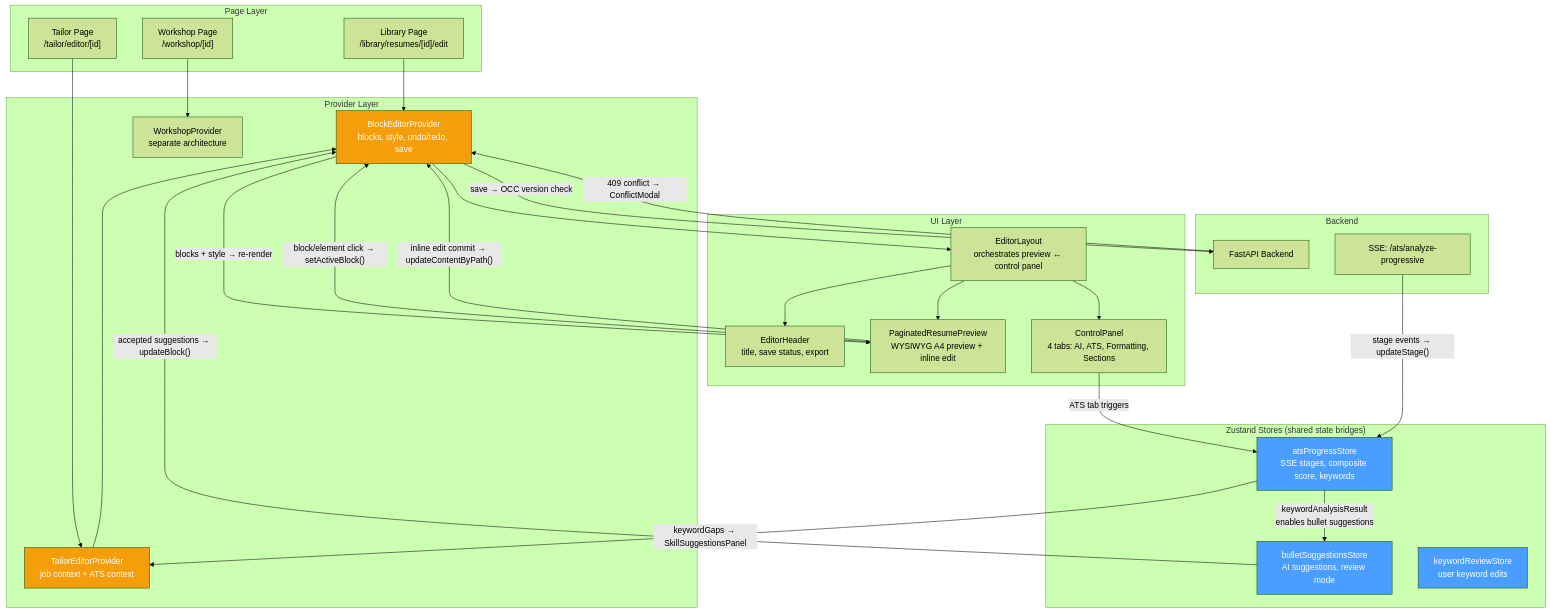
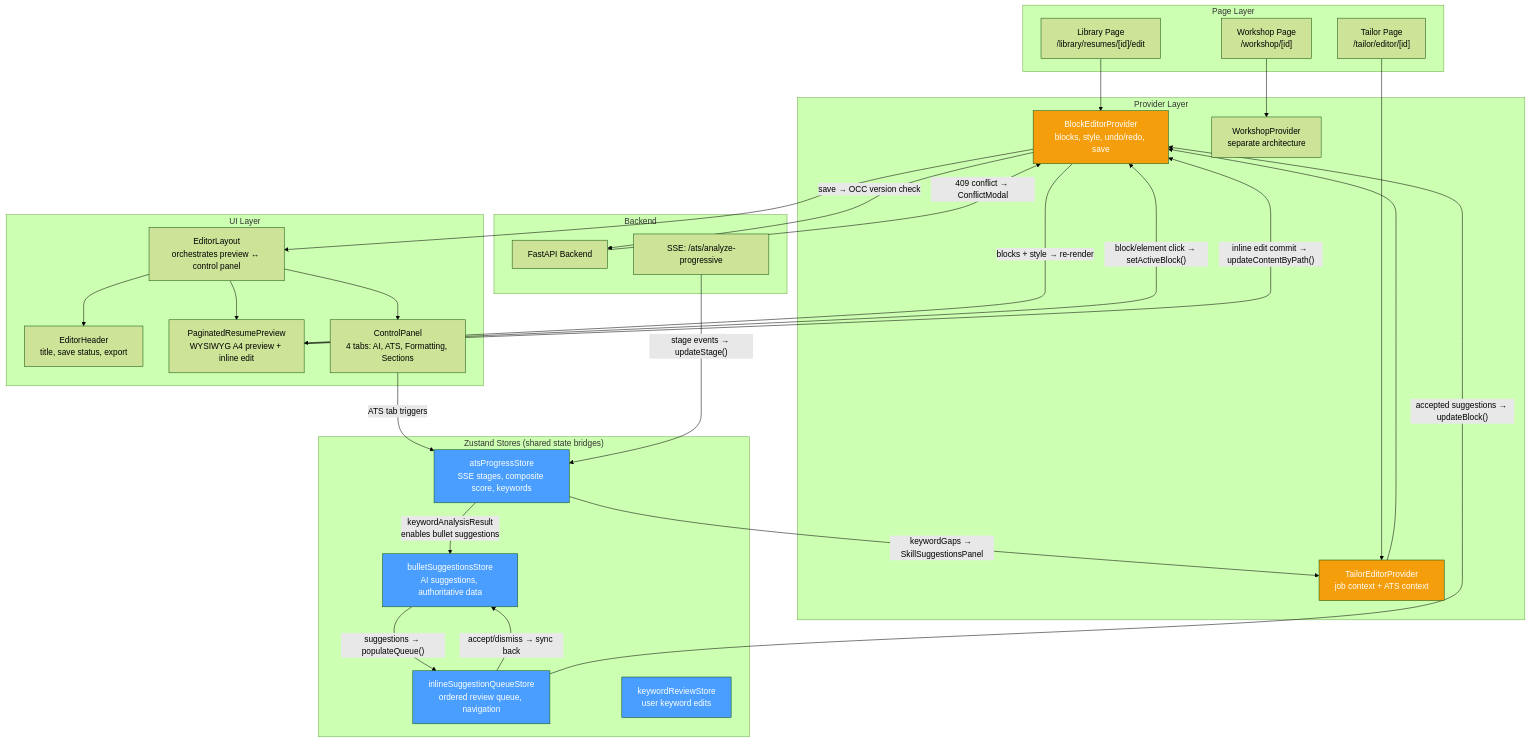
The first of 7 diagrams in docs/architecture/editor-guide.md (Sungchunn/AI-Resume-Tailor), drawn with Mermaid (forest theme) before and after one commit. The commit also changed other lines of this file, not shown here.

First line of the commit message:
docs: update editor-guide with inline bullet suggestion system architecture

````diff
--- a/docs/architecture/editor-guide.md
+++ b/docs/architecture/editor-guide.md
@@ -13,60 +13,64 @@
 ```mermaid
 graph TB
     subgraph "Page Layer"
         LP["Library Page<br/>/library/resumes/[id]/edit"]
         TP["Tailor Page<br/>/tailor/editor/[id]"]
         WP["Workshop Page<br/>/workshop/[id]"]
     end
 
     subgraph "Provider Layer"
         TEP["TailorEditorProvider<br/>job context + ATS context"]
         BEP["BlockEditorProvider<br/>blocks, style, undo/redo, save"]
         WSP["WorkshopProvider<br/>separate architecture"]
     end
 
     subgraph "UI Layer"
         EL["EditorLayout<br/>orchestrates preview ↔ control panel"]
         EH["EditorHeader<br/>title, save status, export"]
         PP["PaginatedResumePreview<br/>WYSIWYG A4 preview + inline edit"]
         CP["ControlPanel<br/>4 tabs: AI, ATS, Formatting, Sections"]
     end
 
     subgraph "Zustand Stores (shared state bridges)"
         APS["atsProgressStore<br/>SSE stages, composite score, keywords"]
-        BSS["bulletSuggestionsStore<br/>AI suggestions, review mode"]
+        BSS["bulletSuggestionsStore<br/>AI suggestions, authoritative data"]
+        ISQS["inlineSuggestionQueueStore<br/>ordered review queue, navigation"]
         KRS["keywordReviewStore<br/>user keyword edits"]
     end
 
     subgraph "Backend"
         API["FastAPI Backend"]
         SSE["SSE: /ats/analyze-progressive"]
     end
 
     LP --> BEP
     TP --> TEP --> BEP
     WP --> WSP
 
     BEP --> EL
     EL --> EH
     EL --> PP
     EL --> CP
 
     CP -- "ATS tab triggers" --> APS
     APS -- "keywordAnalysisResult<br/>enables bullet suggestions" --> BSS
     APS -- "keywordGaps → SkillSuggestionsPanel" --> TEP
-    BSS -- "accepted suggestions → updateBlock()" --> BEP
+    BSS -- "suggestions → populateQueue()" --> ISQS
+    ISQS -- "accept/dismiss → sync back" --> BSS
+    ISQS -- "accepted suggestions → updateBlock()" --> BEP
 
     PP -- "block/element click → setActiveBlock()" --> BEP
     PP -- "inline edit commit → updateContentByPath()" --> BEP
     BEP -- "blocks + style → re-render" --> PP
 
     BEP -- "save → OCC version check" --> API
     API -- "409 conflict → ConflictModal" --> BEP
     SSE -- "stage events → updateStage()" --> APS
 
     style APS fill:#4a9eff,color:#fff
     style BSS fill:#4a9eff,color:#fff
+    style ISQS fill:#4a9eff,color:#fff
     style KRS fill:#4a9eff,color:#fff
     style BEP fill:#f59e0b,color:#fff
     style TEP fill:#f59e0b,color:#fff
 ```
````
